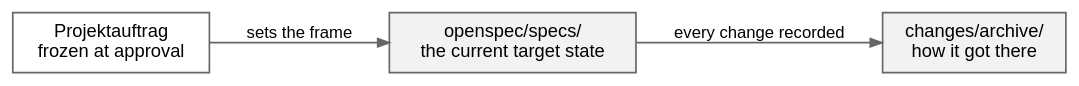
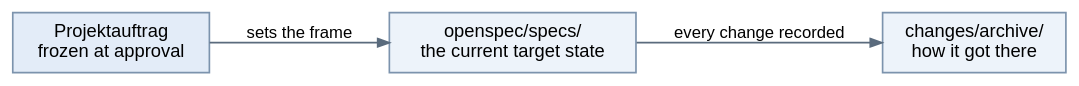
Before and after one commit to htl-leonding-college/curriculum-syp3: the diagram in modules/sdd-why-specs/questions.adoc, drawn with Graphviz. The commit also changed other lines of this file and 6 other files, not shown here.

```diff
--- a/modules/sdd-why-specs/questions.adoc
+++ b/modules/sdd-why-specs/questions.adoc
@@ -228,17 +271,17 @@
 [graphviz,q-frozen-alive,svg]
 ----
 digraph frozenalive {
   rankdir=LR;
   bgcolor="transparent";
-  node [shape=box, style=filled, fillcolor="#f2f2f2", color="#666666",
+  node [shape=box, style=filled, fillcolor="#EDF3FA", color="#7C93AD",
         fontname="Helvetica", fontsize=11];
-  edge [color="#666666", arrowsize=0.7, fontname="Helvetica", fontsize=10];
+  edge [color="#5A6B7D", arrowsize=0.7, fontname="Helvetica", fontsize=10];
 
-  C [label="Projektauftrag\nfrozen at approval", fillcolor="#ffffff"];
+  C [label="Projektauftrag\nfrozen at approval", fillcolor="#E3ECF8"];
   S [label="openspec/specs/\nthe current target state"];
   A [label="changes/archive/\nhow it got there"];
 
   C -> S [label="sets the frame"];
   S -> A [label="every change recorded"];
 }
 ----
```
